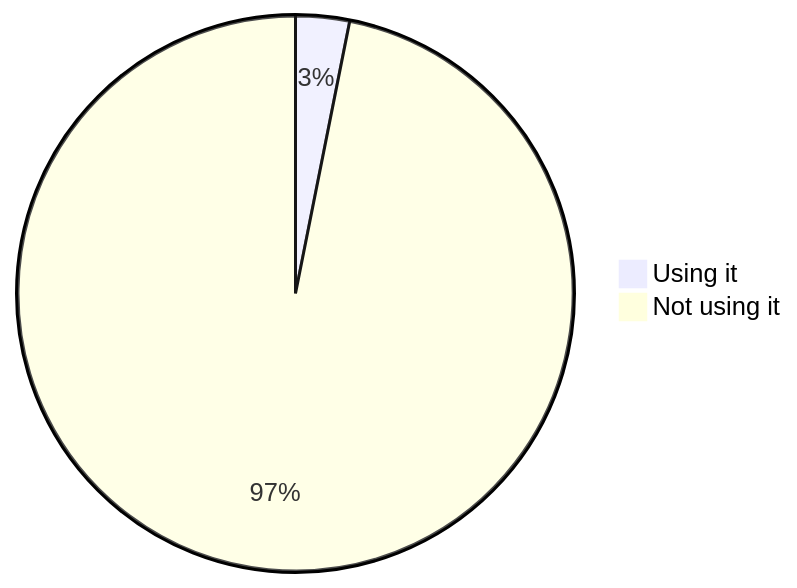
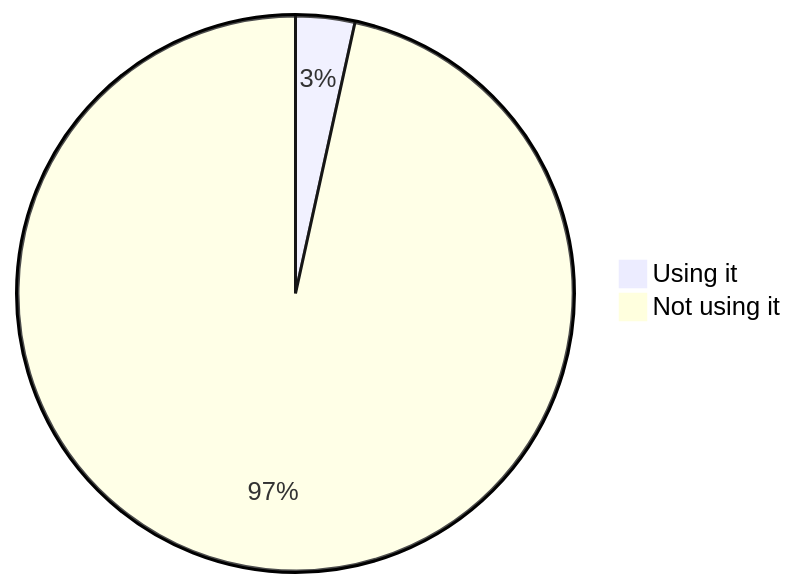
Before and after one commit to oshp/oshp-stats: diagram 17 of 22 in stats.md, drawn with Mermaid. The commit also changed other lines of this file, not shown here.

````diff
--- a/stats.md
+++ b/stats.md
@@ -202,6 +202,6 @@
 ```mermaid
 pie
-	"Using it" : 3.13
-	"Not using it" : 96.87
+	"Using it" : 3.44
+	"Not using it" : 96.56
 
 ```
````
